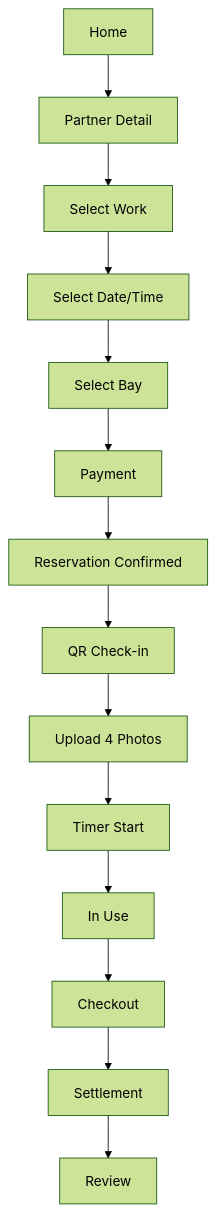
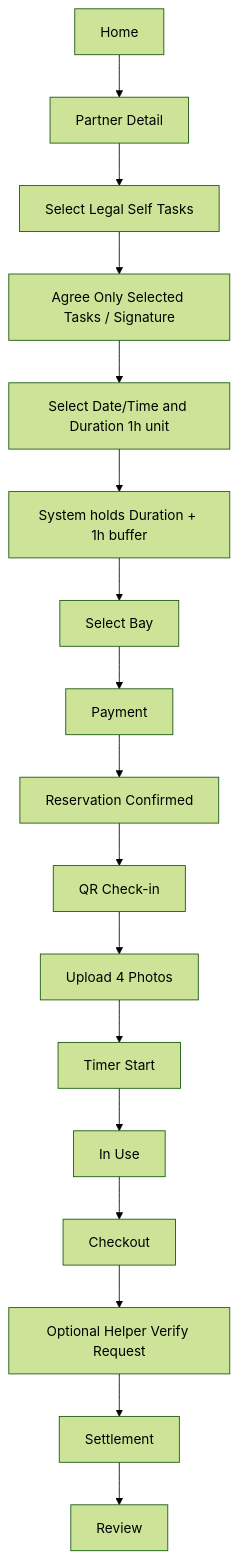
Before and after one commit to CWDll/pitNow: the diagram in docs/UserFlow_MVP.md, drawn with Mermaid (forest theme). The commit also changed other lines of this file and 7 other files, not shown here.

Commit message:
feat: Self 정비 플로우 개선 및 법적 허용 작업 선택 기능 추가

````diff
--- a/docs/UserFlow_MVP.md
+++ b/docs/UserFlow_MVP.md
@@ -5,16 +5,19 @@
 ```mermaid
 flowchart TD
 A[Home] --> B[Partner Detail]
-B --> C[Select Work]
-C --> D[Select Date/Time]
-D --> E[Select Bay]
-E --> F[Payment]
-F --> G[Reservation Confirmed]
-G --> H[QR Check-in]
-H --> I[Upload 4 Photos]
-I --> J[Timer Start]
-J --> K[In Use]
-K --> L[Checkout]
-L --> M[Settlement]
-M --> N[Review]
+B --> C[Select Legal Self Tasks]
+C --> D[Agree Only Selected Tasks / Signature]
+D --> E[Select Date/Time and Duration 1h unit]
+E --> F[System holds Duration + 1h buffer]
+F --> G[Select Bay]
+G --> H[Payment]
+H --> I[Reservation Confirmed]
+I --> J[QR Check-in]
+J --> K[Upload 4 Photos]
+K --> L[Timer Start]
+L --> M[In Use]
+M --> N[Checkout]
+N --> O[Optional Helper Verify Request]
+O --> P[Settlement]
+P --> Q[Review]
 ```
````
